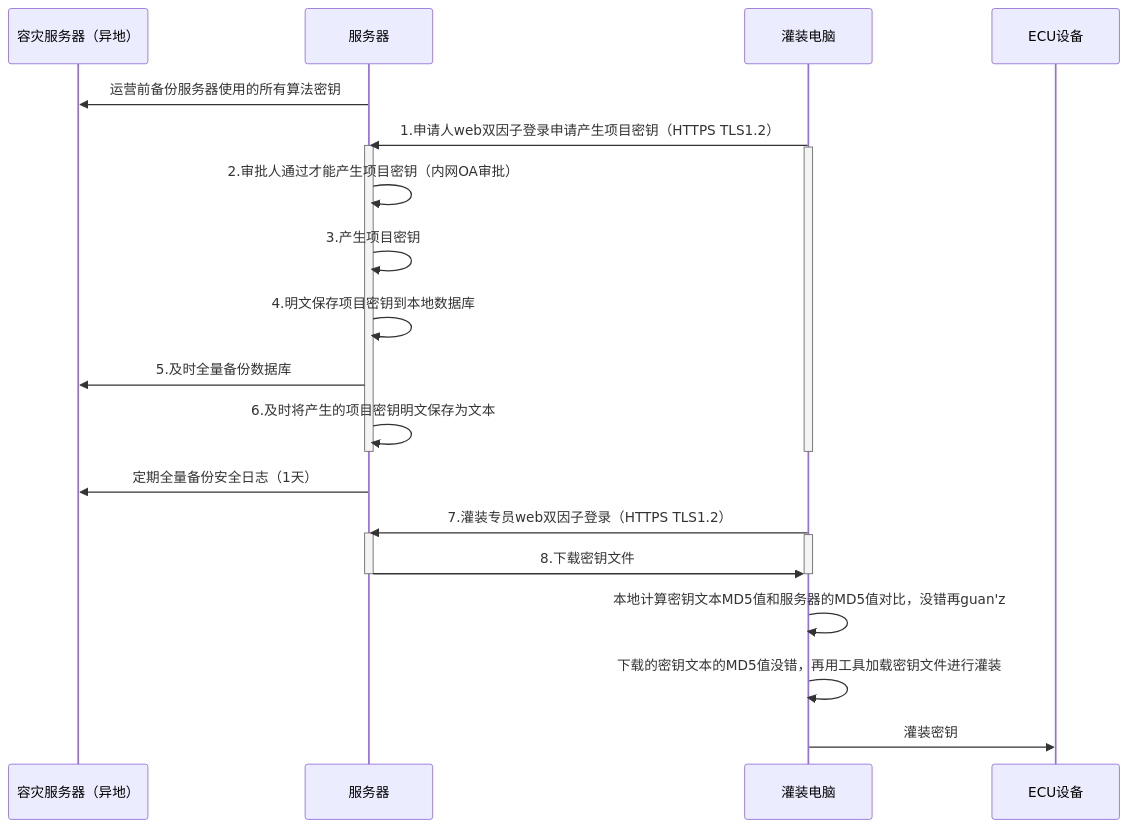
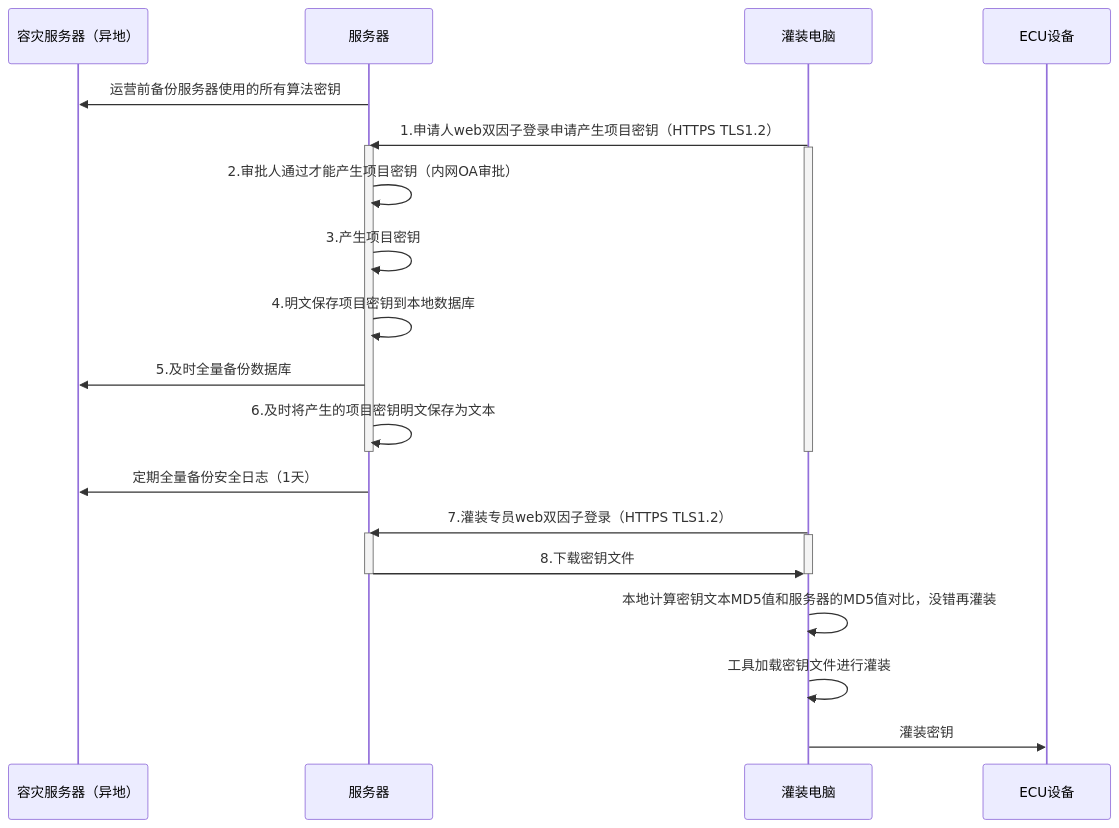
The diagram in all/未命名-17.md (facebook-cloud/iodraw-files), drawn with Mermaid before and after one commit.

Commit message:
2026-03-06 09:38:40 update

````diff
--- a/all/未命名-17.md
+++ b/all/未命名-17.md
@@ -1,33 +1,33 @@
 ```mermaid
 sequenceDiagram
     participant A as 容灾服务器（异地）
     participant B as 服务器
     participant D as 灌装电脑
     participant E as ECU设备
 
     B->>A: 运营前备份服务器使用的所有算法密钥
     D->>B: 1.申请人web双因子登录申请产生项目密钥（HTTPS TLS1.2）
     activate B
     activate D
     B->>B: 2.审批人通过才能产生项目密钥（内网OA审批）
     B->>B: 3.产生项目密钥
     B->>B: 4.明文保存项目密钥到本地数据库
     B->>A: 5.及时全量备份数据库
     B->>B: 6.及时将产生的项目密钥明文保存为文本
     deactivate B
     deactivate D
 
     B->>A: 定期全量备份安全日志（1天）
     
     D->>B: 7.灌装专员web双因子登录（HTTPS TLS1.2）
     activate B
     activate D
     B->>D: 8.下载密钥文件
     deactivate B
     deactivate D
 
-    D->>D:本地计算密钥文本MD5值和服务器的MD5值对比，没错再guan'z
-    D->>D:下载的密钥文本的MD5值没错，再用工具加载密钥文件进行灌装
+    D->>D:本地计算密钥文本MD5值和服务器的MD5值对比，没错再灌装
+    D->>D:工具加载密钥文件进行灌装
     
     D->>E: 灌装密钥
 ```
````
